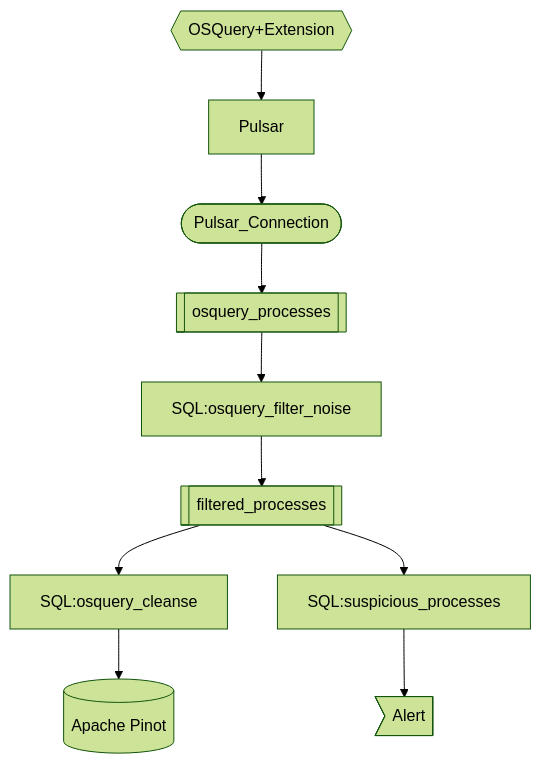
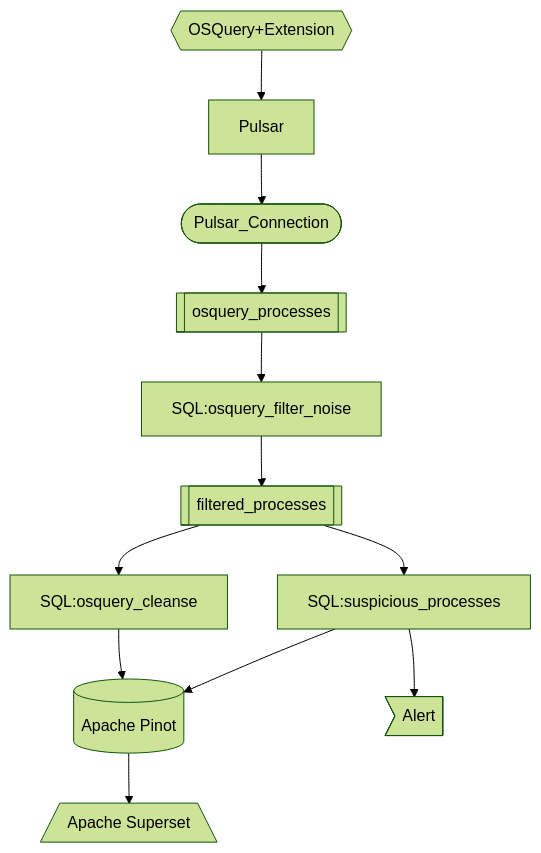
The diagram in pinot/README.md (decodableco/examples), drawn with Mermaid (forest theme) before and after one commit. The commit also changed 4 other files, not shown here.

Commit message:
apache pinot

````diff
--- a/pinot/README.md
+++ b/pinot/README.md
@@ -5,11 +5,13 @@
 ```mermaid
 flowchart TD;
     os{{OSQuery+Extension}}-->Pulsar-->pc([Pulsar_Connection])
     
     pc-->opp[[osquery_processes]]-->SQL:osquery_filter_noise-->fp[[filtered_processes]]
 
-    fp-->SQL:osquery_cleanse-->db[(Apache Pinot)]
-    fp-->SQL:suspicious_processes-->a>Alert]
+    fp-->SQL:osquery_cleanse-->db[(Apache Pinot)]-->as[/Apache Superset\]
+    fp-->sp[SQL:suspicious_processes]-->a>Alert]
+
+    sp-->db
 
 
 ```
````
